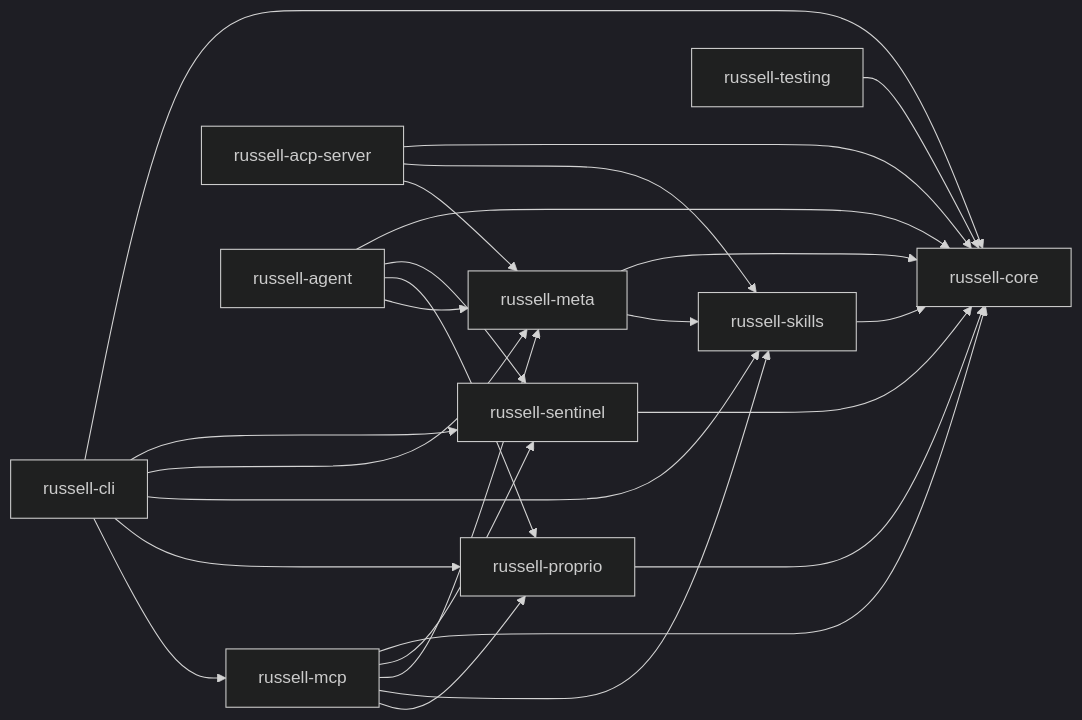
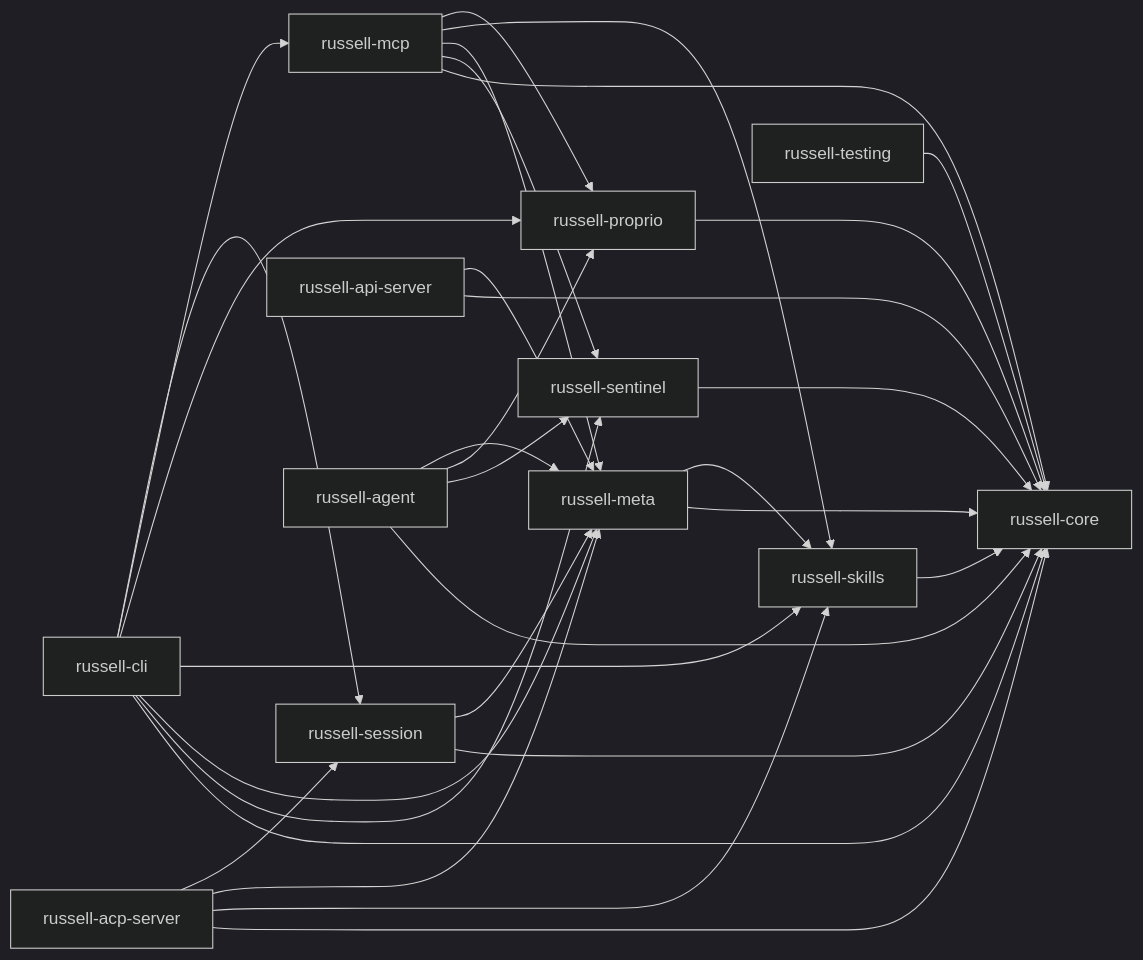
One commit to mdz-axo/russell changed the diagram in docs/architecture/overview.md. Above: the diagram before and after it, drawn with Mermaid (dark theme). The commit also changed other lines of this file and 20 other files, not shown here.

````diff
--- a/docs/architecture/overview.md
+++ b/docs/architecture/overview.md
@@ -46,23 +46,27 @@
 ```mermaid
 flowchart LR
   CORE[russell-core]
   SENTINEL[russell-sentinel]
   META[russell-meta]
   SKILLS[russell-skills]
   MCP[russell-mcp]
   PROPRIO[russell-proprio]
+  SESSION[russell-session]
   CLI[russell-cli]
   ACP[russell-acp-server]
+  API[russell-api-server]
   AGENT[russell-agent]
   TESTING[russell-testing]
 
   SENTINEL --> CORE
   SKILLS --> CORE
   META --> CORE & SKILLS
   PROPRIO --> CORE
   MCP --> CORE & SENTINEL & META & SKILLS & PROPRIO
-  ACP --> CORE & SKILLS & META
+  SESSION --> CORE & META
+  ACP --> CORE & SKILLS & META & SESSION
+  API --> CORE & META
   AGENT --> CORE & SENTINEL & PROPRIO & META
-  CLI --> CORE & SENTINEL & META & SKILLS & PROPRIO & MCP
+  CLI --> CORE & SENTINEL & META & SKILLS & PROPRIO & MCP & SESSION
   TESTING --> CORE
 ```
````
